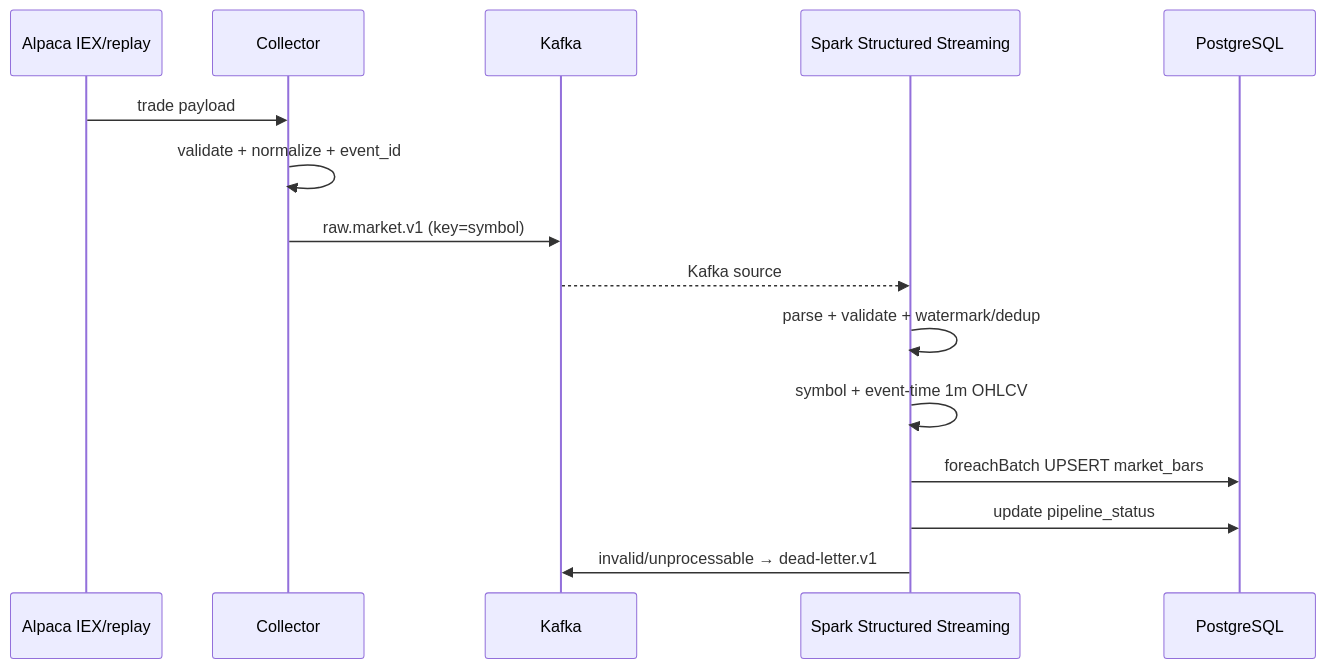
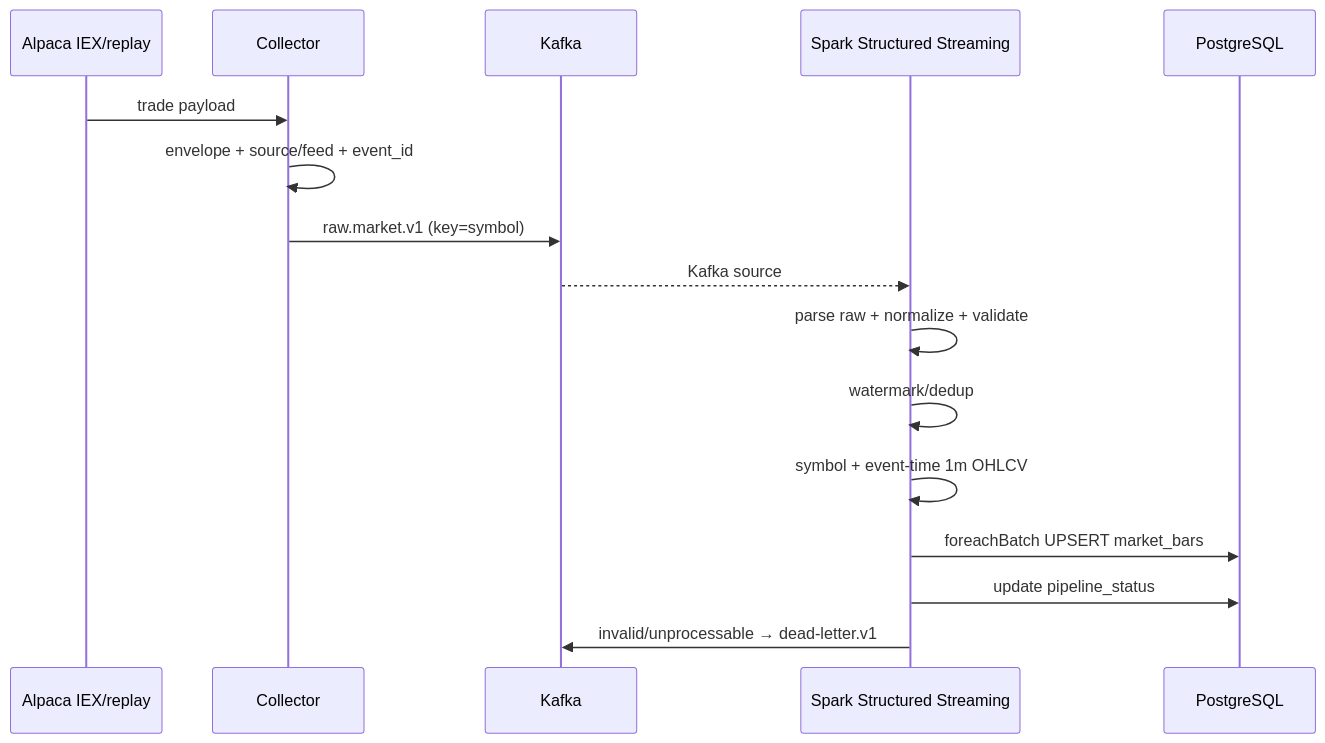
One commit to hjh6709/us-market-intelligence-pipeline changed the second of 2 diagrams in docs/architecture.md. Above: the diagram before and after it, drawn with Mermaid. The commit also changed other lines of this file and 9 other files, not shown here.

````diff
--- a/docs/architecture.md
+++ b/docs/architecture.md
@@ -109,18 +109,19 @@
 ```mermaid
 sequenceDiagram
     participant A as Alpaca IEX/replay
     participant C as Collector
     participant K as Kafka
     participant S as Spark Structured Streaming
     participant D as PostgreSQL
 
     A->>C: trade payload
-    C->>C: validate + normalize + event_id
+    C->>C: envelope + source/feed + event_id
     C->>K: raw.market.v1 (key=symbol)
     K-->>S: Kafka source
-    S->>S: parse + validate + watermark/dedup
+    S->>S: parse raw + normalize + validate
+    S->>S: watermark/dedup
     S->>S: symbol + event-time 1m OHLCV
     S->>D: foreachBatch UPSERT market_bars
     S->>D: update pipeline_status
     S->>K: invalid/unprocessable → dead-letter.v1
 ```
````
